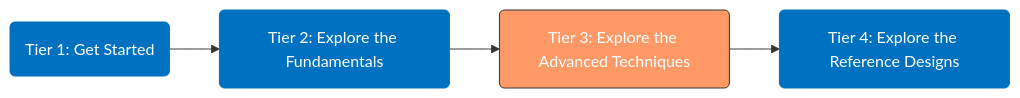
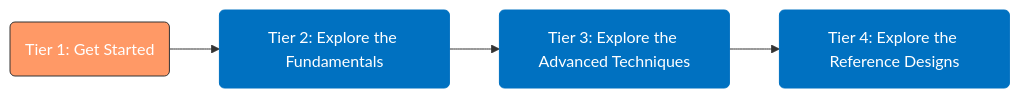
The diagram in DirectProgramming/C++SYCL_FPGA/Tutorials/Features/experimental/annotated_allocation/README.md (oneapi-src/oneAPI-samples), drawn with Mermaid before and after one commit. The commit also changed other lines of this file and 5 other files, not shown here.

````diff
--- a/DirectProgramming/C++SYCL_FPGA/Tutorials/Features/experimental/annotated_allocation/README.md
+++ b/DirectProgramming/C++SYCL_FPGA/Tutorials/Features/experimental/annotated_allocation/README.md
@@ -34,14 +32,14 @@
 ```mermaid
 flowchart LR
    tier1("Tier 1: Get Started")
    tier2("Tier 2: Explore the Fundamentals")
    tier3("Tier 3: Explore the Advanced Techniques")
    tier4("Tier 4: Explore the Reference Designs")
 
    tier1 --> tier2 --> tier3 --> tier4
 
-   style tier1 fill:#0071c1,stroke:#0071c1,stroke-width:1px,color:#fff
+   style tier1 fill:#f96,stroke:#333,stroke-width:1px,color:#fff
    style tier2 fill:#0071c1,stroke:#0071c1,stroke-width:1px,color:#fff
-   style tier3 fill:#f96,stroke:#333,stroke-width:1px,color:#fff
+   style tier3 fill:#0071c1,stroke:#0071c1,stroke-width:1px,color:#fff
    style tier4 fill:#0071c1,stroke:#0071c1,stroke-width:1px,color:#fff
 ```
````
